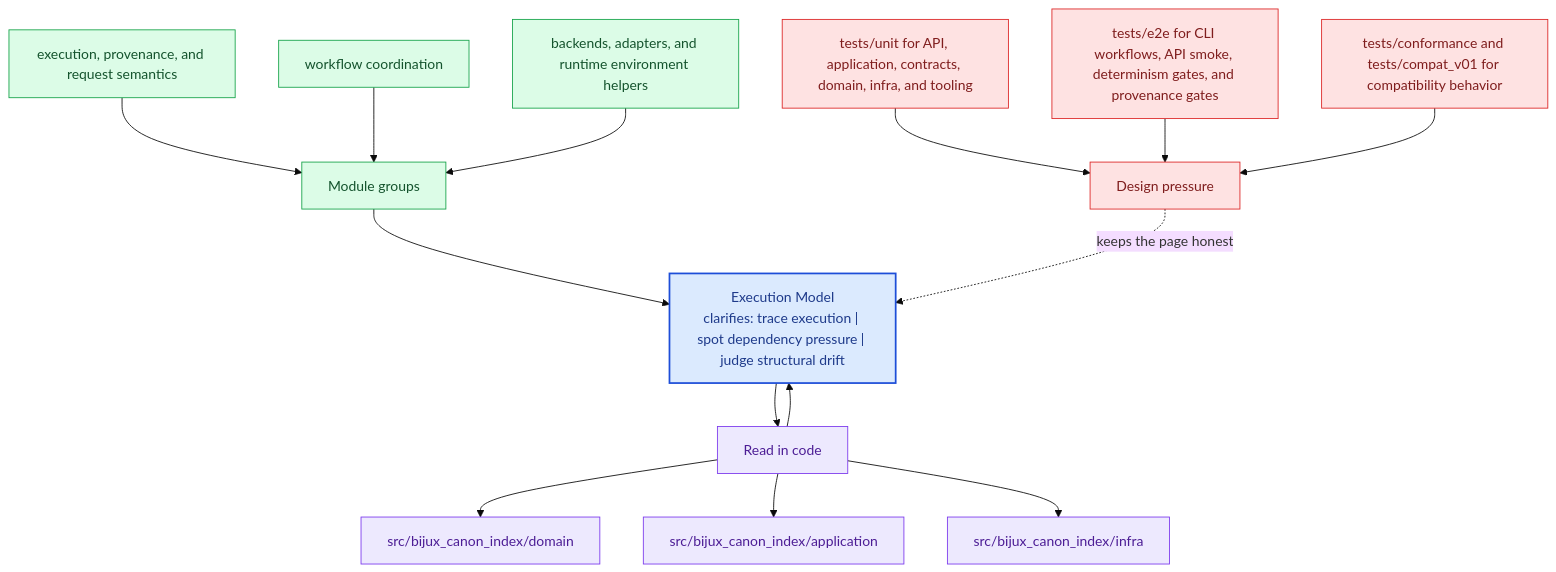
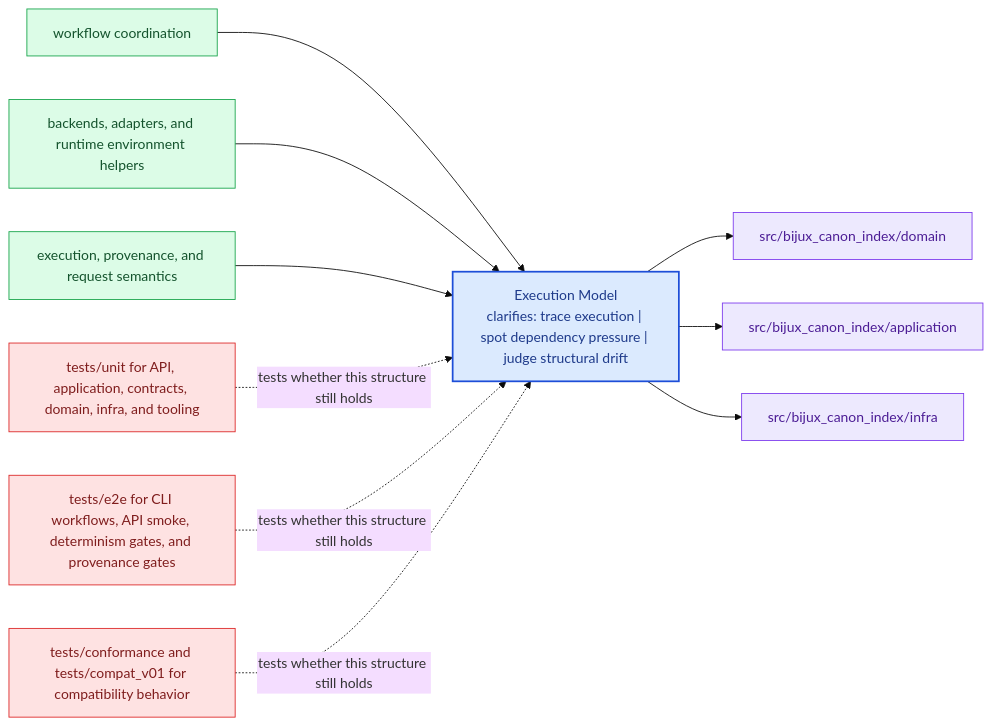
The diagram in docs/bijux-canon-index/architecture/execution-model.md (bijux/bijux-canon), drawn with Mermaid (base theme) before and after one commit. The commit also changed other lines of this file and 281 other files, not shown here.

Commit message:
docs(diagrams): replace repeated mermaid scaffolds with page-specific summaries

````diff
--- a/docs/bijux-canon-index/architecture/execution-model.md
+++ b/docs/bijux-canon-index/architecture/execution-model.md
@@ -69,40 +24,31 @@
 ```mermaid
-flowchart TB
-    promise["Execution Model<br/>clarifies: trace execution | spot dependency pressure | judge structural drift"]
-    classDef promise fill:#dbeafe,stroke:#1d4ed8,color:#1e3a8a,stroke-width:2px;
-    classDef driver fill:#dcfce7,stroke:#16a34a,color:#14532d;
-    classDef constraint fill:#fee2e2,stroke:#dc2626,color:#7f1d1d;
-    classDef ground fill:#ede9fe,stroke:#7c3aed,color:#4c1d95;
-    focus1["Module groups"]
-    focus1 --> promise
-    focus1_1["execution, provenance, and request semantics"]
-    focus1_1 --> focus1
-    focus1_2["workflow coordination"]
-    focus1_2 --> focus1
-    focus1_3["backends, adapters, and runtime environment helpers"]
-    focus1_3 --> focus1
-    class focus1 driver;
-    class focus1_1,focus1_2,focus1_3 driver;
-    focus2["Read in code"]
-    focus2 --> promise
-    promise --> focus2
-    focus2_1["src/bijux_canon_index/domain"]
-    focus2 --> focus2_1
-    focus2_2["src/bijux_canon_index/application"]
-    focus2 --> focus2_2
-    focus2_3["src/bijux_canon_index/infra"]
-    focus2 --> focus2_3
-    class focus2 ground;
-    class focus2_1,focus2_2,focus2_3 ground;
-    focus3["Design pressure"]
-    focus3 -.keeps the page honest.-> promise
-    focus3_1["tests/unit for API, application, contracts, domain, infra, and tooling"]
-    focus3_1 --> focus3
-    focus3_2["tests/e2e for CLI workflows, API smoke, determinism gates, and provenance gates"]
-    focus3_2 --> focus3
-    focus3_3["tests/conformance and tests/compat_v01 for compatibility behavior"]
-    focus3_3 --> focus3
-    class focus3 constraint;
-    class focus3_1,focus3_2,focus3_3 constraint;
-    class promise promise;
+flowchart LR
+    page["Execution Model<br/>clarifies: trace execution | spot dependency pressure | judge structural drift"]
+    classDef page fill:#dbeafe,stroke:#1d4ed8,color:#1e3a8a,stroke-width:2px;
+    classDef positive fill:#dcfce7,stroke:#16a34a,color:#14532d;
+    classDef caution fill:#fee2e2,stroke:#dc2626,color:#7f1d1d;
+    classDef anchor fill:#ede9fe,stroke:#7c3aed,color:#4c1d95;
+    classDef action fill:#fef3c7,stroke:#d97706,color:#7c2d12;
+    module1["workflow coordination"]
+    module1 --> page
+    module2["backends, adapters, and runtime environment helpers"]
+    module2 --> page
+    module3["execution, provenance, and request semantics"]
+    module3 --> page
+    code1["src/bijux_canon_index/domain"]
+    page --> code1
+    code2["src/bijux_canon_index/application"]
+    page --> code2
+    code3["src/bijux_canon_index/infra"]
+    page --> code3
+    pressure1["tests/unit for API, application, contracts, domain, infra, and tooling"]
+    pressure1 -.tests whether this structure still holds.-> page
+    pressure2["tests/e2e for CLI workflows, API smoke, determinism gates, and provenance gates"]
+    pressure2 -.tests whether this structure still holds.-> page
+    pressure3["tests/conformance and tests/compat_v01 for compatibility behavior"]
+    pressure3 -.tests whether this structure still holds.-> page
+    class page page;
+    class module1,module2,module3 positive;
+    class code1,code2,code3 anchor;
+    class pressure1,pressure2,pressure3 caution;
 ```
````
